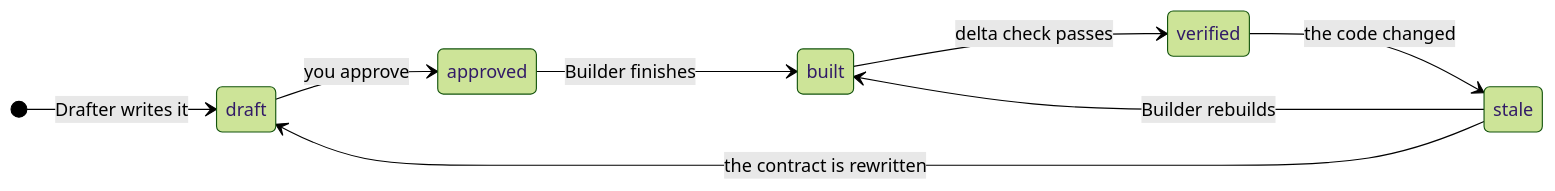
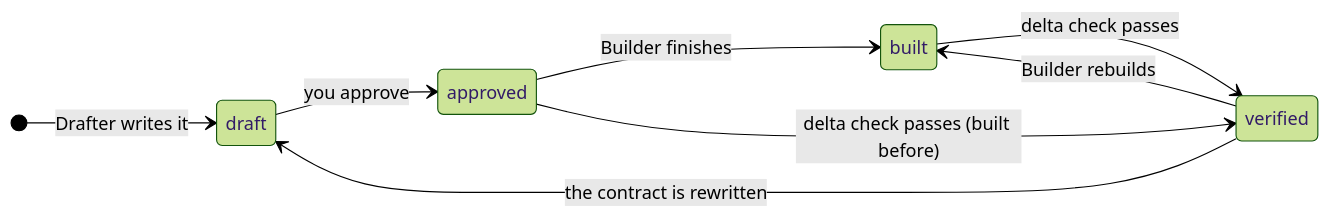
One commit to ronz204/deltas-ai changed the second of 2 diagrams in README.md. Above: the diagram before and after it, drawn with Mermaid (forest theme). The commit also changed other lines of this file and 4 other files, not shown here.

````diff
--- a/README.md
+++ b/README.md
@@ -100,11 +105,11 @@
 ```mermaid
 stateDiagram-v2
     direction LR
     [*] --> draft: Drafter writes it
     draft --> approved: you approve
     approved --> built: Builder finishes
     built --> verified: delta check passes
-    verified --> stale: the code changed
-    stale --> built: Builder rebuilds
-    stale --> draft: the contract is rewritten
+    approved --> verified: delta check passes (built before)
+    verified --> built: Builder rebuilds
+    verified --> draft: the contract is rewritten
 ```
````
